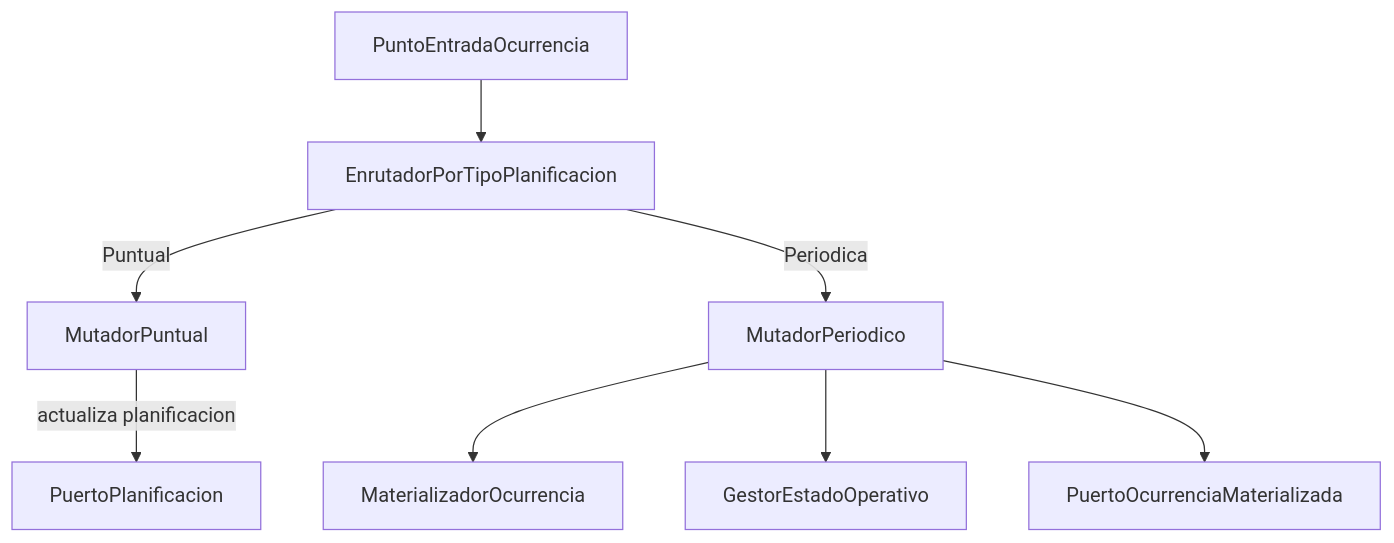
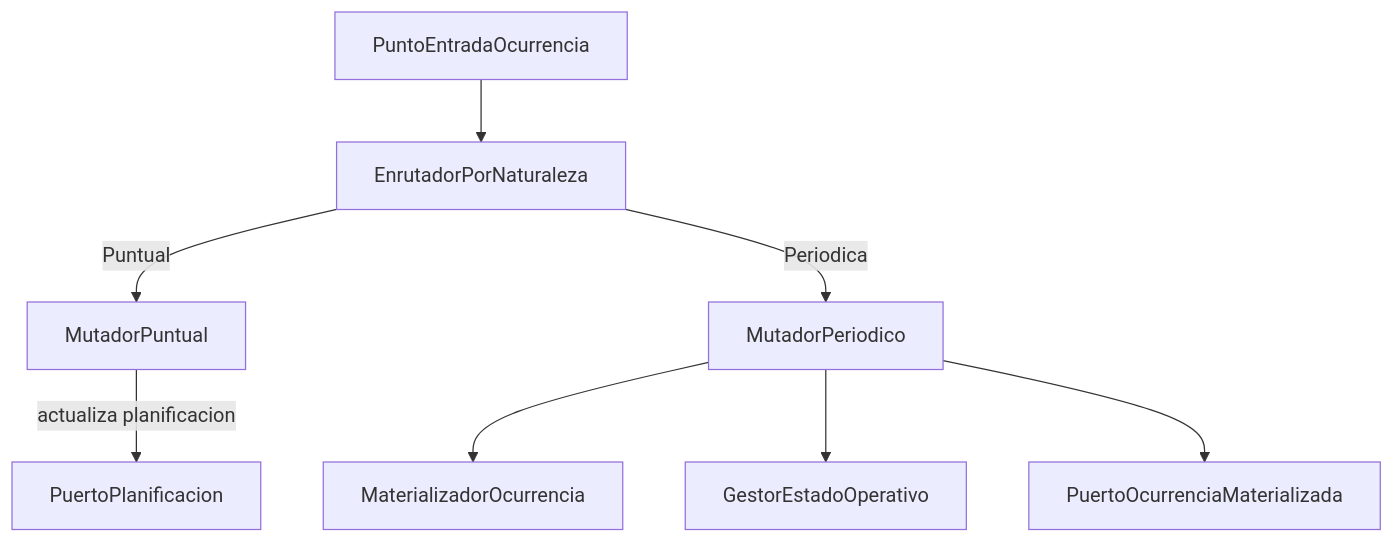
Before and after one commit to serpegon11710-byte/Planificacion_2.0: the diagram in docs/diagramas-c4/c4-nivel-4/pseudocodigo/zc-2-materializacion-ocurrencias.md, drawn with Mermaid. The commit also changed other lines of this file and 13 other files, not shown here.

````diff
--- a/docs/diagramas-c4/c4-nivel-4/pseudocodigo/zc-2-materializacion-ocurrencias.md
+++ b/docs/diagramas-c4/c4-nivel-4/pseudocodigo/zc-2-materializacion-ocurrencias.md
@@ -20,17 +20,17 @@
 ```mermaid
 flowchart TD
   API["PuntoEntradaOcurrencia"]
-  Router["EnrutadorPorTipoPlanificacion"]
+  Router["EnrutadorPorNaturaleza"]
   Puntual["MutadorPuntual"]
   Periodico["MutadorPeriodico"]
   Mat["MaterializadorOcurrencia"]
   Estado["GestorEstadoOperativo"]
 
   API --> Router
   Router -->|Puntual| Puntual
   Router -->|Periodica| Periodico
   Periodico --> Mat
   Periodico --> Estado
   Puntual -->|"actualiza planificacion"| PuertoPlan["PuertoPlanificacion"]
   Periodico --> PuertoOc["PuertoOcurrenciaMaterializada"]
 ```
````
